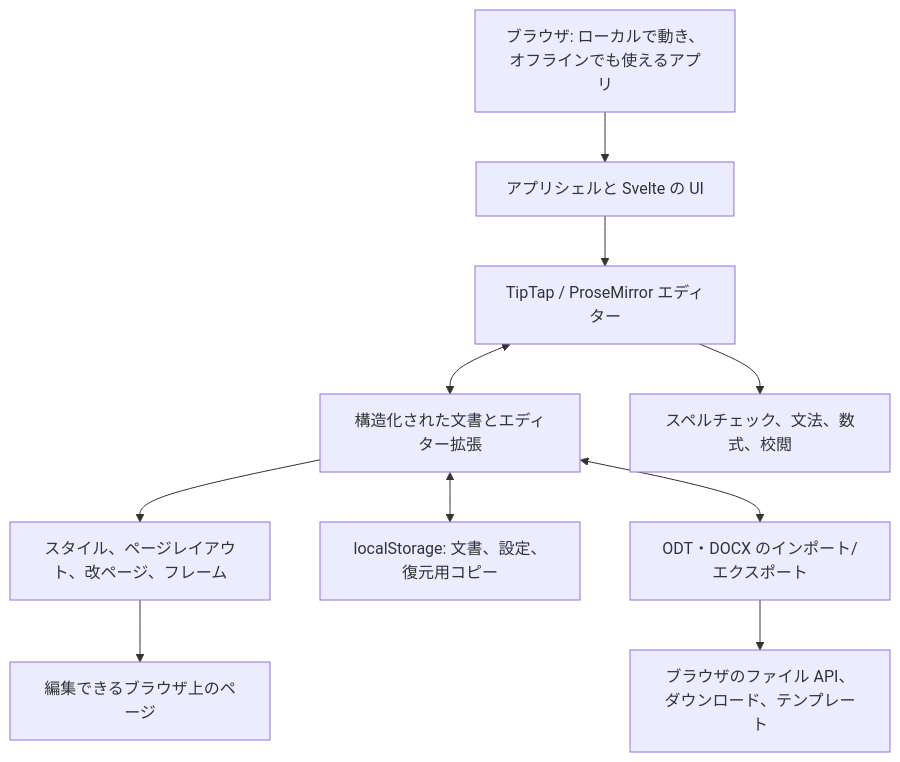
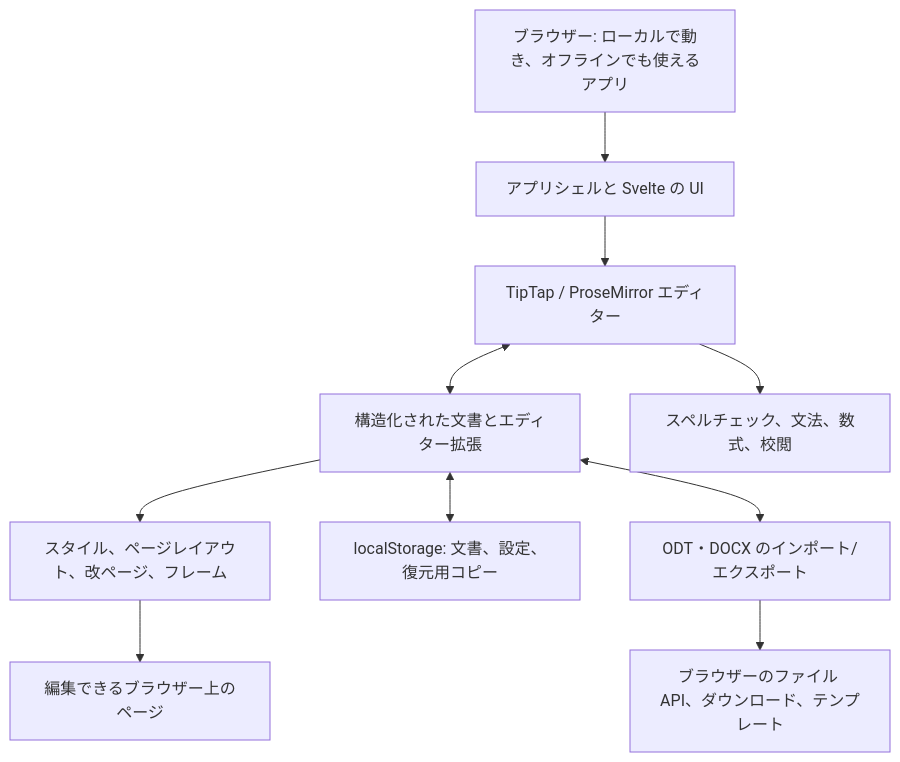
The diagram in docs/readme/README.ja.md (stffnb/edentext), drawn with Mermaid before and after one commit. The commit also changed other lines of this file and 21 other files, not shown here.

````diff
--- a/docs/readme/README.ja.md
+++ b/docs/readme/README.ja.md
@@ -174,12 +174,12 @@
 ```mermaid
 flowchart TD
-  Browser[ブラウザ: ローカルで動き、オフラインでも使えるアプリ] --> App[アプリシェルと Svelte の UI]
+  Browser[ブラウザー: ローカルで動き、オフラインでも使えるアプリ] --> App[アプリシェルと Svelte の UI]
   App --> Editor[TipTap / ProseMirror エディター]
   Editor <--> Document[構造化された文書とエディター拡張]
   Document --> Layout[スタイル、ページレイアウト、改ページ、フレーム]
   Document <--> Storage[localStorage: 文書、設定、復元用コピー]
   Document <--> Interchange[ODT・DOCX のインポート/エクスポート]
-  Interchange --> Files[ブラウザのファイル API、ダウンロード、テンプレート]
+  Interchange --> Files[ブラウザーのファイル API、ダウンロード、テンプレート]
   Editor --> Tools[スペルチェック、文法、数式、校閲]
-  Layout --> Render[編集できるブラウザ上のページ]
+  Layout --> Render[編集できるブラウザー上のページ]
 ```
````
